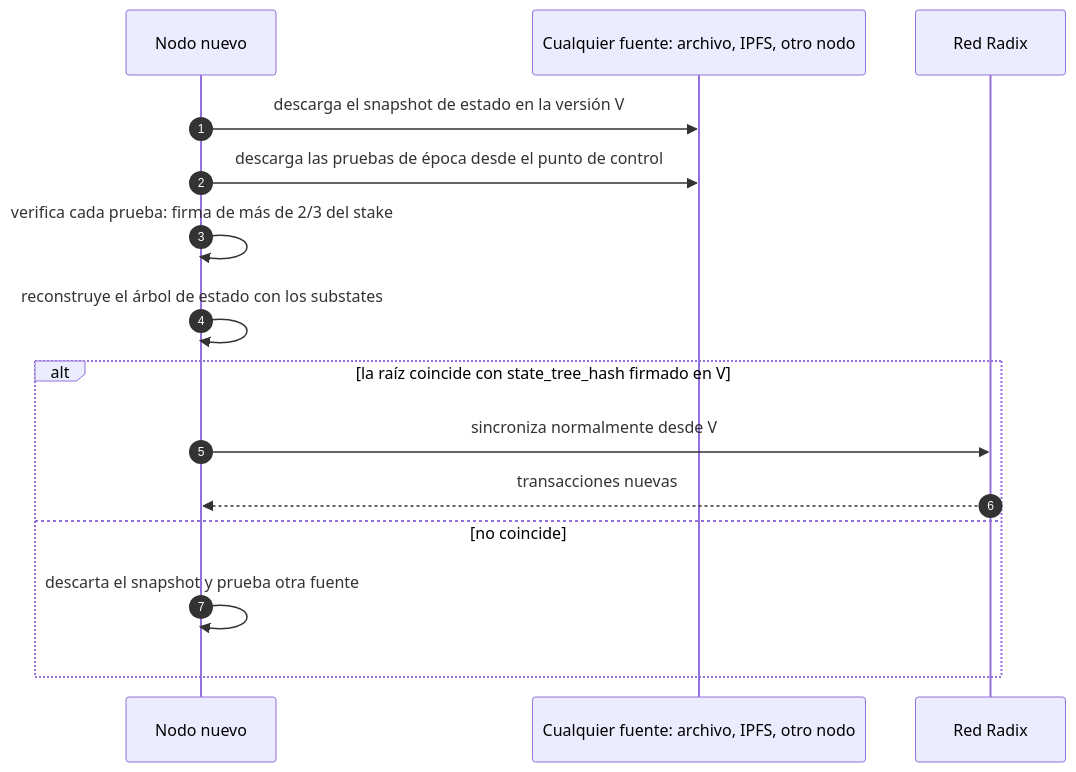
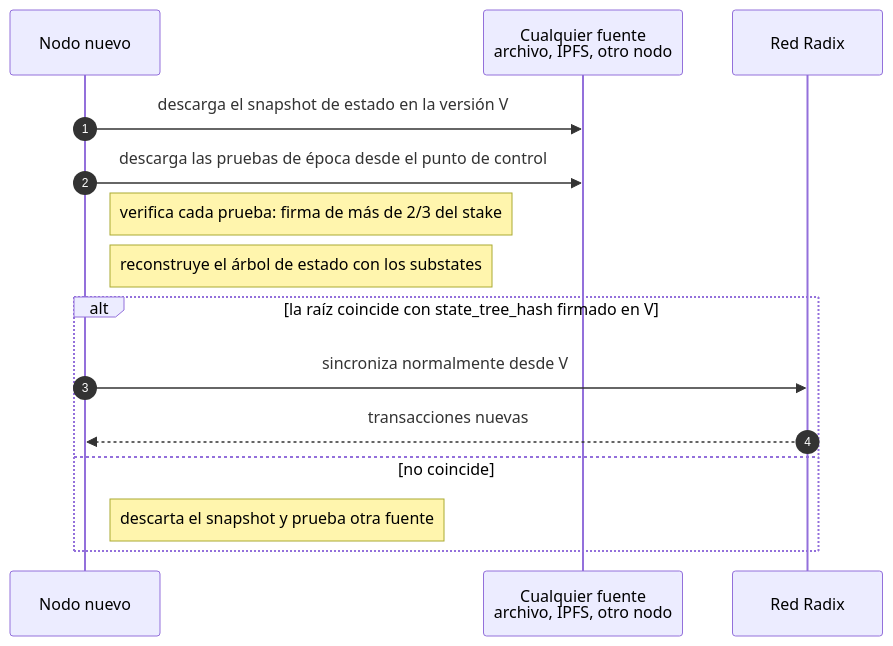
One commit to dazligth/radix-decentralization-roadmap changed the second of 4 diagrams in docs/es/09-nodos-ligeros.md. Above: the diagram before and after it, drawn with Mermaid. The commit also changed other lines of this file and 9 other files, not shown here.

First line of the commit message:
Redesign diagrams for readability on GitHub

````diff
--- a/docs/es/09-nodos-ligeros.md
+++ b/docs/es/09-nodos-ligeros.md
@@ -290,17 +289,17 @@
 ```mermaid
 sequenceDiagram
     autonumber
     participant NEW as Nodo nuevo
-    participant SRC as Cualquier fuente: archivo, IPFS, otro nodo
+    participant SRC as Cualquier fuente<br/>archivo, IPFS, otro nodo
     participant NET as Red Radix
     NEW->>SRC: descarga el snapshot de estado en la versión V
     NEW->>SRC: descarga las pruebas de época desde el punto de control
-    NEW->>NEW: verifica cada prueba: firma de más de 2/3 del stake
-    NEW->>NEW: reconstruye el árbol de estado con los substates
+    Note right of NEW: verifica cada prueba: firma de más de 2/3 del stake
+    Note right of NEW: reconstruye el árbol de estado con los substates
     alt la raíz coincide con state_tree_hash firmado en V
         NEW->>NET: sincroniza normalmente desde V
         NET-->>NEW: transacciones nuevas
     else no coincide
-        NEW->>NEW: descarta el snapshot y prueba otra fuente
+        Note right of NEW: descarta el snapshot y prueba otra fuente
     end
 ```
````
